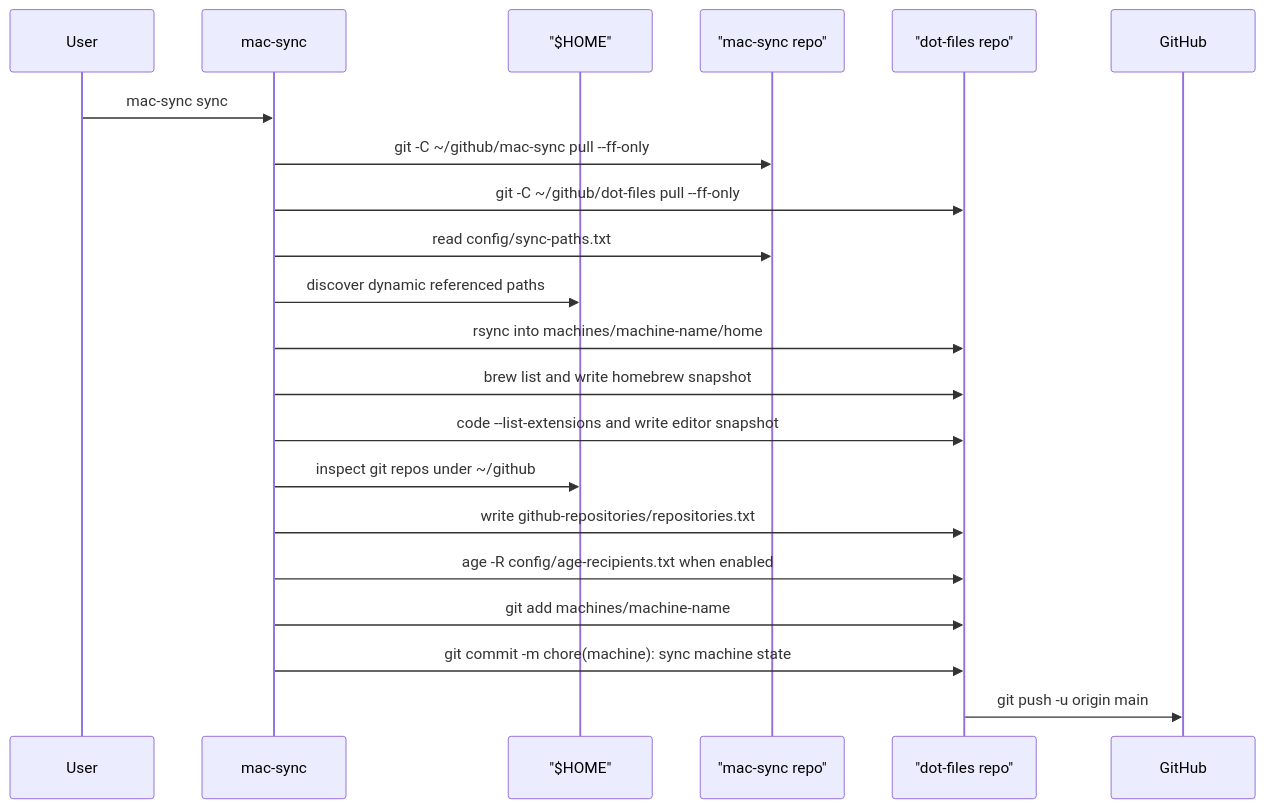
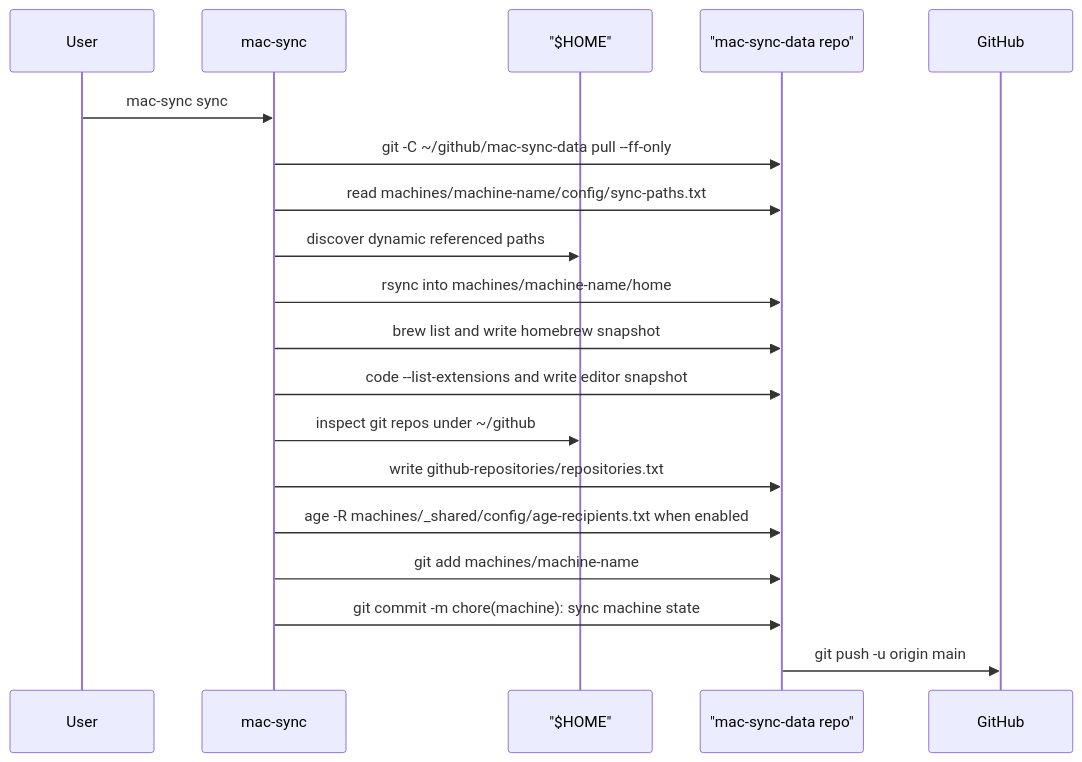
One commit to stephenlclarke/mac-sync changed the second of 4 diagrams in WORKFLOW.md. Above: the diagram before and after it, drawn with Mermaid. The commit also changed other lines of this file and 51 other files, not shown here.

Commit message:
feat: add macOS sync control app

````diff
--- a/WORKFLOW.md
+++ b/WORKFLOW.md
@@ -153,24 +190,22 @@
 ```mermaid
 sequenceDiagram
   participant User
   participant CLI as mac-sync
   participant Home as "$HOME"
-  participant Code as "mac-sync repo"
-  participant Snap as "dot-files repo"
+  participant Data as "mac-sync-data repo"
   participant GitHub
 
   User->>CLI: mac-sync sync
-  CLI->>Code: git -C ~/github/mac-sync pull --ff-only
-  CLI->>Snap: git -C ~/github/dot-files pull --ff-only
-  CLI->>Code: read config/sync-paths.txt
+  CLI->>Data: git -C ~/github/mac-sync-data pull --ff-only
+  CLI->>Data: read machines/machine-name/config/sync-paths.txt
   CLI->>Home: discover dynamic referenced paths
-  CLI->>Snap: rsync into machines/machine-name/home
-  CLI->>Snap: brew list and write homebrew snapshot
-  CLI->>Snap: code --list-extensions and write editor snapshot
+  CLI->>Data: rsync into machines/machine-name/home
+  CLI->>Data: brew list and write homebrew snapshot
+  CLI->>Data: code --list-extensions and write editor snapshot
   CLI->>Home: inspect git repos under ~/github
-  CLI->>Snap: write github-repositories/repositories.txt
-  CLI->>Snap: age -R config/age-recipients.txt when enabled
-  CLI->>Snap: git add machines/machine-name
-  CLI->>Snap: git commit -m chore(machine): sync machine state
-  Snap->>GitHub: git push -u origin main
+  CLI->>Data: write github-repositories/repositories.txt
+  CLI->>Data: age -R machines/_shared/config/age-recipients.txt when enabled
+  CLI->>Data: git add machines/machine-name
+  CLI->>Data: git commit -m chore(machine): sync machine state
+  Data->>GitHub: git push -u origin main
 ```
````
